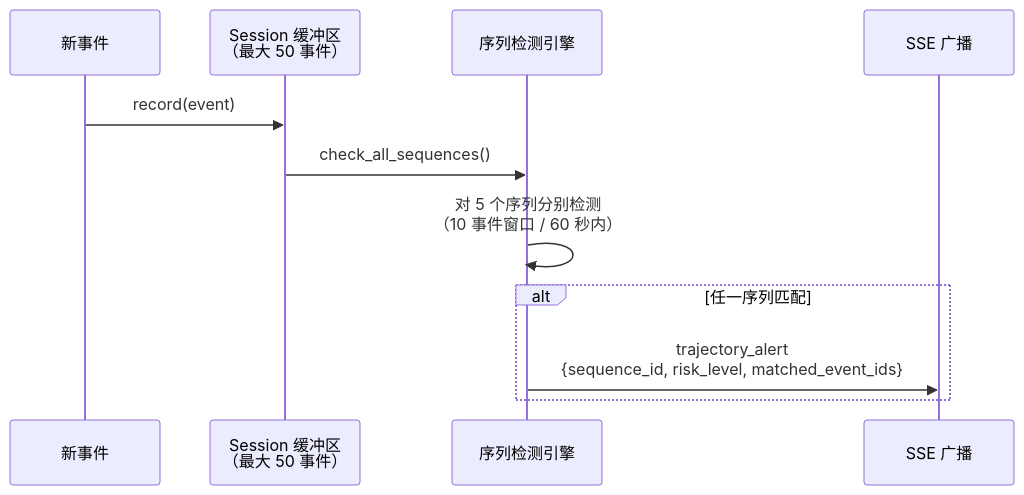
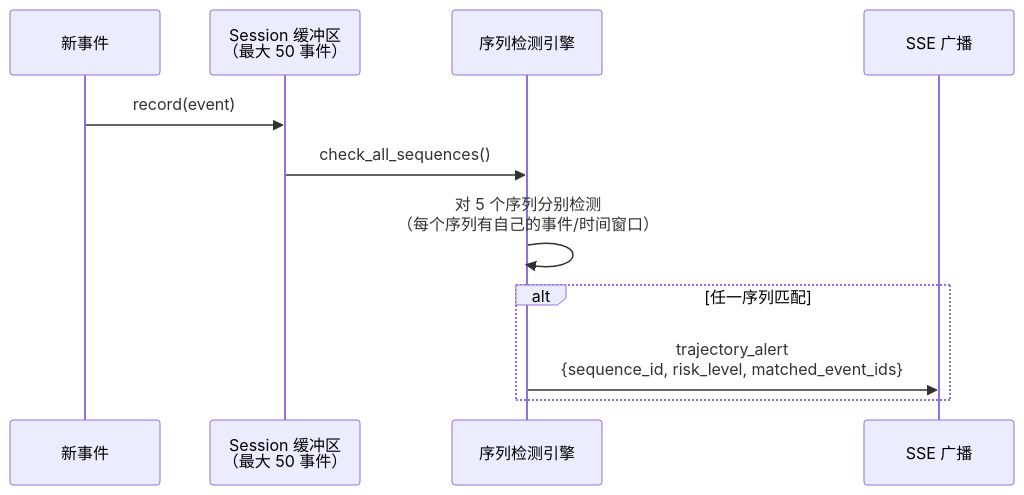
The third of 5 diagrams in site-docs/decision-layers/l2-semantic.md (Elroyper/ClawSentry), drawn with Mermaid before and after one commit. The commit also changed other lines of this file and 4 other files, not shown here.

````diff
--- a/site-docs/decision-layers/l2-semantic.md
+++ b/site-docs/decision-layers/l2-semantic.md
@@ -494,14 +495,14 @@
 ```mermaid
 sequenceDiagram
     participant E as 新事件
     participant B as Session 缓冲区<br/>（最大 50 事件）
     participant T as 序列检测引擎
     participant S as SSE 广播
 
     E->>B: record(event)
     B->>T: check_all_sequences()
-    T->>T: 对 5 个序列分别检测<br/>（10 事件窗口 / 60 秒内）
+    T->>T: 对 5 个序列分别检测<br/>（每个序列有自己的事件/时间窗口）
     alt 任一序列匹配
         T->>S: trajectory_alert<br/>{sequence_id, risk_level, matched_event_ids}
     end
 ```
````
